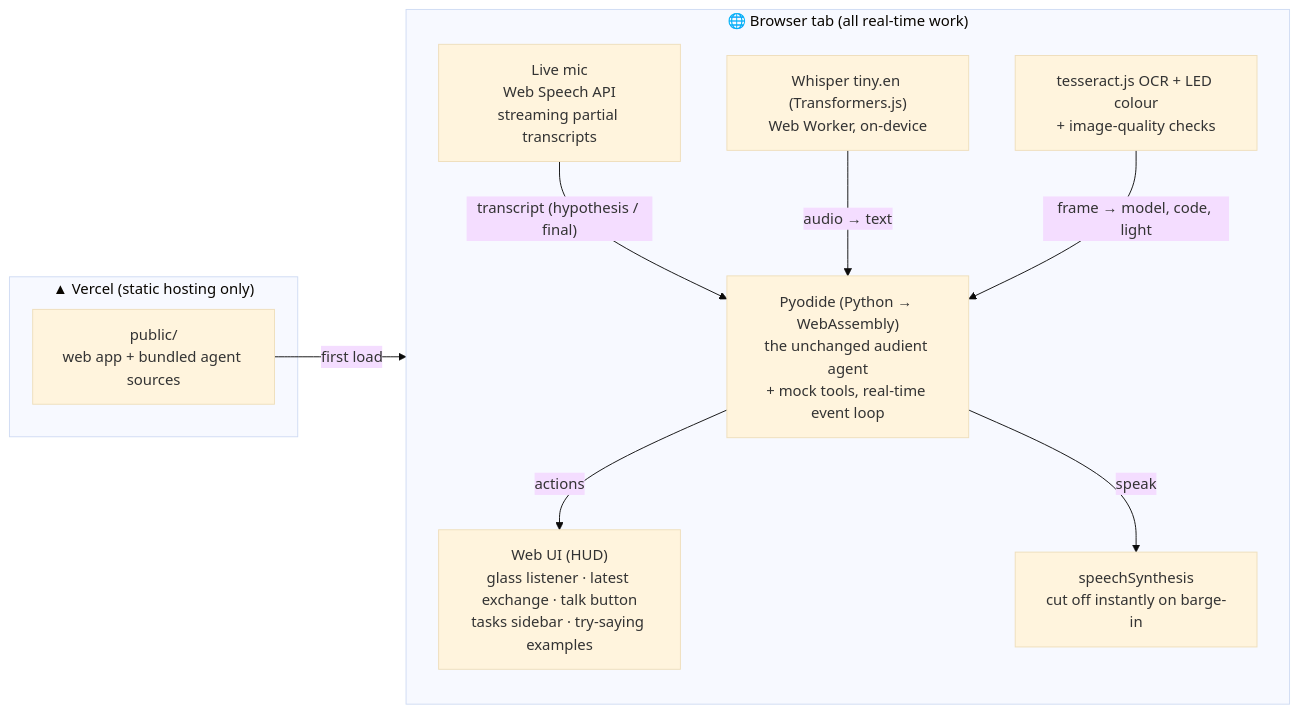
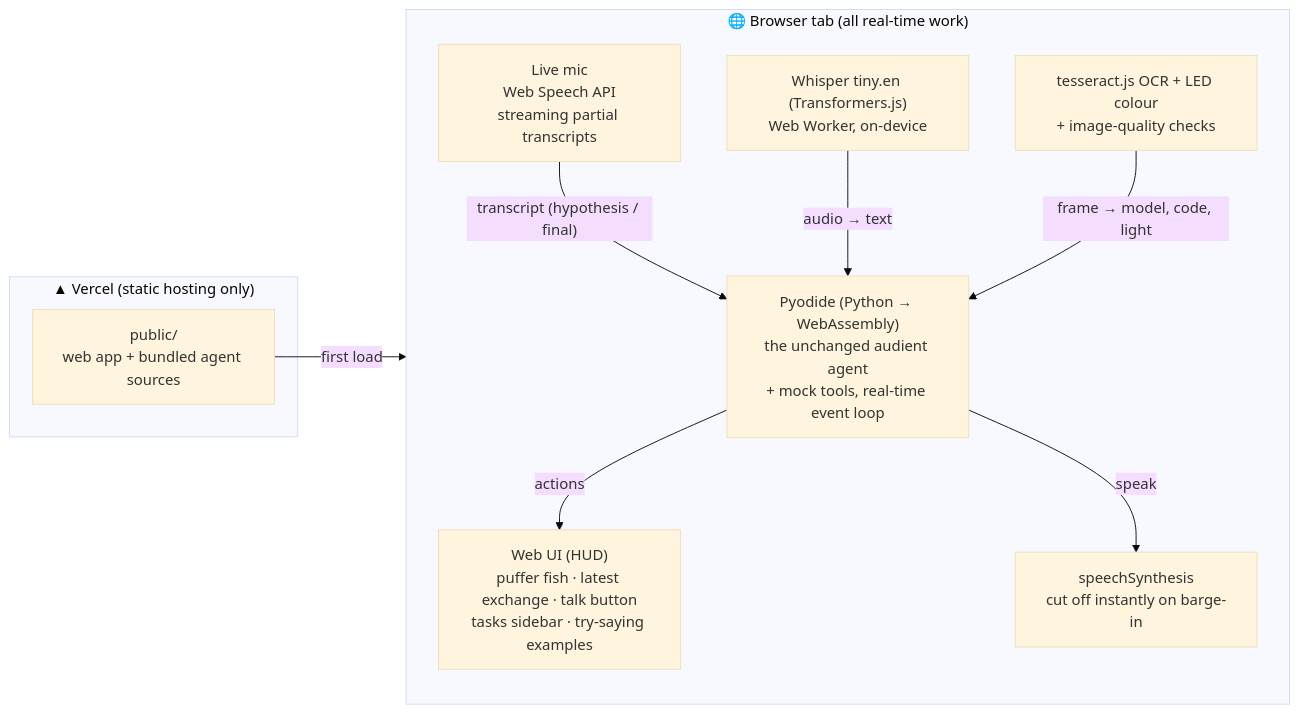
One commit to Darsh-14/Audient changed the third of 3 diagrams in README.md. Above: the diagram before and after it, drawn with Mermaid (base theme). The commit also changed other lines of this file and 13 other files, not shown here.

````diff
--- a/README.md
+++ b/README.md
@@ -346,21 +369,21 @@
 ```mermaid
 flowchart LR
     subgraph B["🌐 Browser tab (all real-time work)"]
         direction TB
-        UI["Web UI (HUD)<br/>glass listener · latest exchange · talk button<br/>tasks sidebar · try-saying examples"]
+        UI["Web UI (HUD)<br/>puffer fish · latest exchange · talk button<br/>tasks sidebar · try-saying examples"]
         PY["Pyodide (Python → WebAssembly)<br/>the unchanged audient agent<br/>+ mock tools, real-time event loop"]
         MIC["Live mic<br/>Web Speech API<br/>streaming partial transcripts"]
         WH["Whisper tiny.en (Transformers.js)<br/>Web Worker, on-device"]
         OCR["tesseract.js OCR + LED colour<br/>+ image-quality checks"]
         TTS["speechSynthesis<br/>cut off instantly on barge-in"]
         MIC -->|"transcript (hypothesis / final)"| PY
         WH -->|"audio → text"| PY
         OCR -->|"frame → model, code, light"| PY
         PY -->|"actions"| UI
         PY -->|"speak"| TTS
     end
     subgraph V["▲ Vercel (static hosting only)"]
         S["public/<br/>web app + bundled agent sources"]
     end
     S -->|"first load"| B
 ```
````
